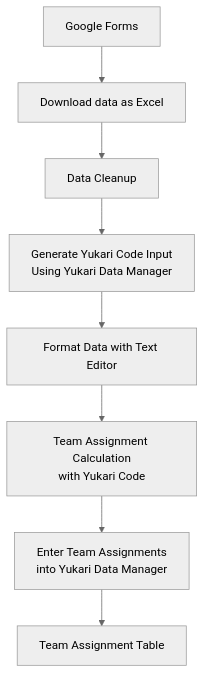
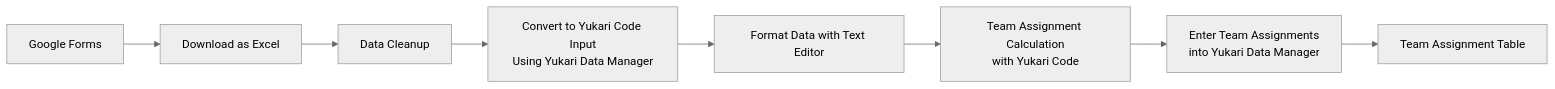
The diagram in Quick_Start_Guide.md (tohru-murakami/Yukari_Code_2), drawn with Mermaid (neutral theme) before and after one commit.

````diff
--- a/Quick_Start_Guide.md
+++ b/Quick_Start_Guide.md
@@ -136,10 +136,13 @@
 ```mermaid
-flowchart TB
-    A["Google Forms"] --> B["Download data as Excel"]
-    B --> C["Data Cleanup"]
-    C --> D["Generate Yukari Code Input<br>Using Yukari Data Manager"]
-    D --> E["Format Data with Text Editor"]
-    E --> F["Team Assignment Calculation<br>with Yukari Code"]
-    F --> G["Enter Team Assignments<br>into Yukari Data Manager"]
-    G --> H["Team Assignment Table"]
+flowchart LR
+    A["Google Forms"]
+    B["Download as Excel"]
+    C["Data Cleanup"]
+    D["Convert to Yukari Code Input<br>Using Yukari Data Manager"]
+    E["Format Data with Text Editor"]
+    F["Team Assignment Calculation<br>with Yukari Code"]
+    G["Enter Team Assignments<br>into Yukari Data Manager"]
+    H["Team Assignment Table"]
+
+    A --> B --> C --> D --> E --> F --> G --> H
 ```
````
